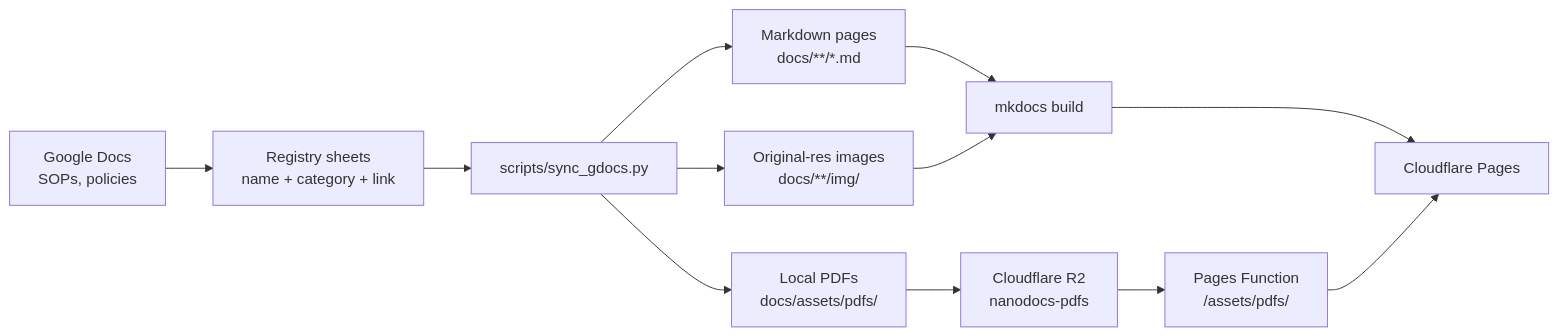
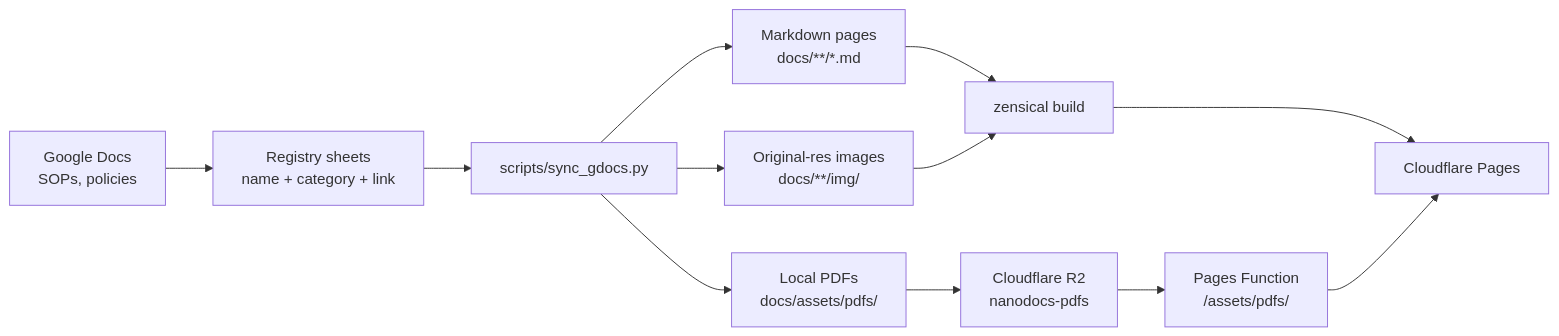
One commit to asrc-nanofab/nanodocs changed the diagram in README.md. Above: the diagram before and after it, drawn with Mermaid. The commit also changed other lines of this file and 24 other files, not shown here.

````diff
--- a/README.md
+++ b/README.md
@@ -13,14 +13,14 @@
 ```mermaid
 flowchart LR
     GD[Google Docs<br/>SOPs, policies] --> REG[Registry sheets<br/>name + category + link]
     REG --> SYNC[scripts/sync_gdocs.py]
     SYNC --> MD[Markdown pages<br/>docs/**/*.md]
     SYNC --> IMG[Original-res images<br/>docs/**/img/]
     SYNC --> PDF[Local PDFs<br/>docs/assets/pdfs/]
     PDF --> R2[Cloudflare R2<br/>nanodocs-pdfs]
-    MD --> BUILD[mkdocs build]
+    MD --> BUILD[zensical build]
     IMG --> BUILD
     BUILD --> PAGES[Cloudflare Pages]
     R2 --> FN[Pages Function<br/>/assets/pdfs/]
     FN --> PAGES
 ```
````
